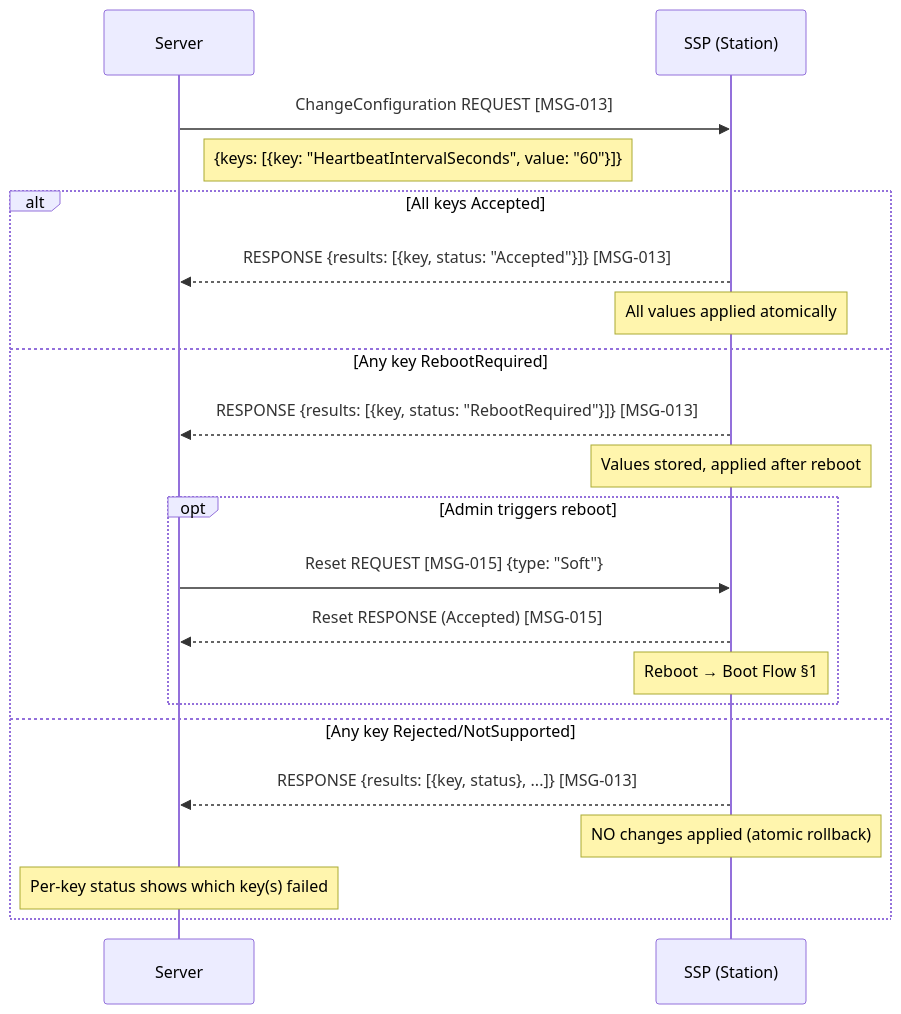
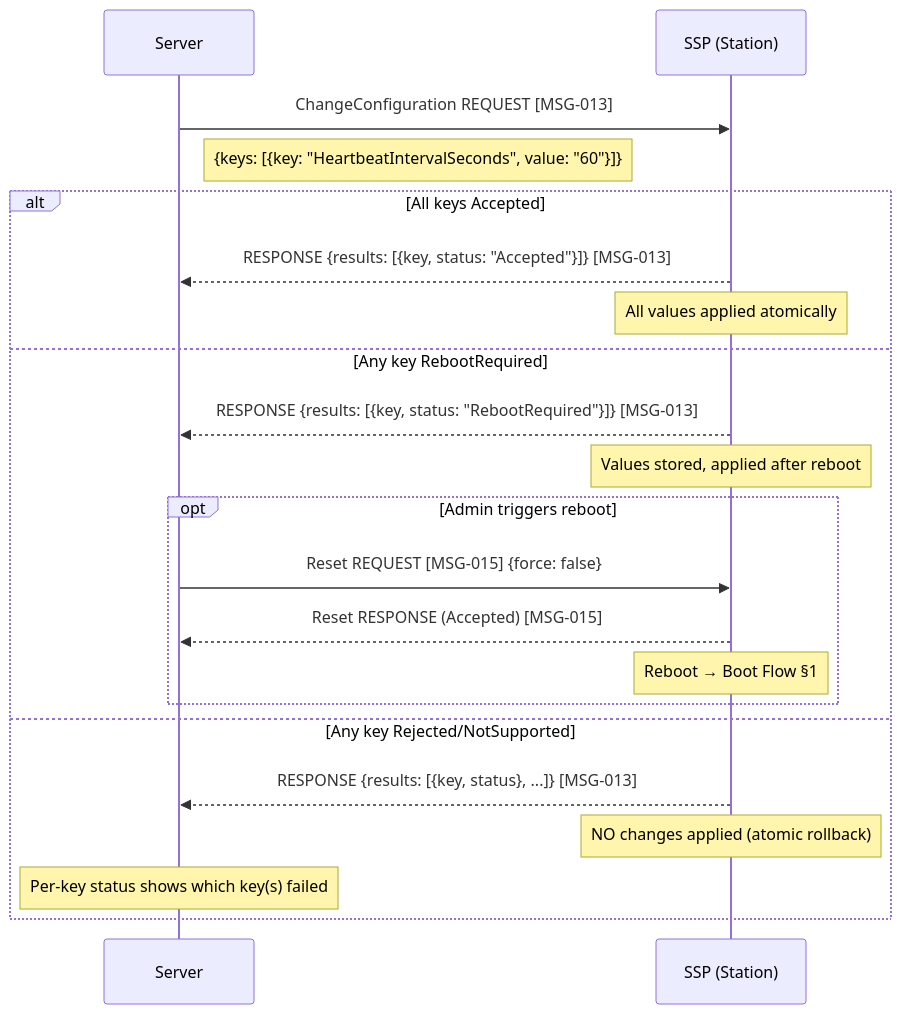
Diagram 14 of 19 in spec/04-flows.md (ospp-org/spec), drawn with Mermaid before and after one commit. The commit also changed other lines of this file and 16 other files, not shown here.

````diff
--- a/spec/04-flows.md
+++ b/spec/04-flows.md
@@ -1522,25 +1522,25 @@
 ```mermaid
 sequenceDiagram
     participant Server
     participant SSP as SSP (Station)
 
     Server->>SSP: ChangeConfiguration REQUEST [MSG-013]
     Note right of Server: {keys: [{key: "HeartbeatIntervalSeconds", value: "60"}]}
 
     alt All keys Accepted
         SSP-->>Server: RESPONSE {results: [{key, status: "Accepted"}]} [MSG-013]
         Note over SSP: All values applied atomically
     else Any key RebootRequired
         SSP-->>Server: RESPONSE {results: [{key, status: "RebootRequired"}]} [MSG-013]
         Note over SSP: Values stored, applied after reboot
         opt Admin triggers reboot
-            Server->>SSP: Reset REQUEST [MSG-015] {type: "Soft"}
+            Server->>SSP: Reset REQUEST [MSG-015] {force: false}
             SSP-->>Server: Reset RESPONSE (Accepted) [MSG-015]
             Note over SSP: Reboot → Boot Flow §1
         end
     else Any key Rejected/NotSupported
         SSP-->>Server: RESPONSE {results: [{key, status}, ...]} [MSG-013]
         Note over SSP: NO changes applied (atomic rollback)
         Note over Server: Per-key status shows which key(s) failed
     end
 ```
````
